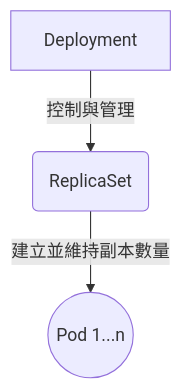
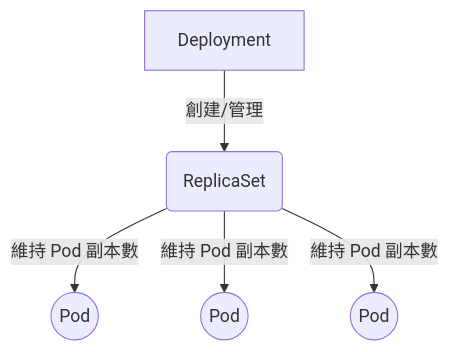
The first of 2 diagrams in content/docs/k8s-doc-reading/20250620_k8s-doc-reading-workload-management-deployments/index.md (owan-io1992/blog), drawn with Mermaid before and after one commit. The commit also changed other lines of this file and 31 other files, not shown here.

````diff
--- a/content/docs/k8s-doc-reading/20250620_k8s-doc-reading-workload-management-deployments/index.md
+++ b/content/docs/k8s-doc-reading/20250620_k8s-doc-reading-workload-management-deployments/index.md
@@ -81,5 +29,7 @@
 ```mermaid
-flowchart TD
-    A[Deployment] -- 控制與管理 --> B(ReplicaSet)
-    B -- 建立並維持副本數量 --> C((Pod 1...n))
+graph TD
+    A[Deployment] -- "創建/管理" --> B(ReplicaSet);
+    B -- "維持 Pod 副本數" --> C((Pod));
+    B -- "維持 Pod 副本數" --> D((Pod));
+    B -- "維持 Pod 副本數" --> E((Pod));
 ```
````
